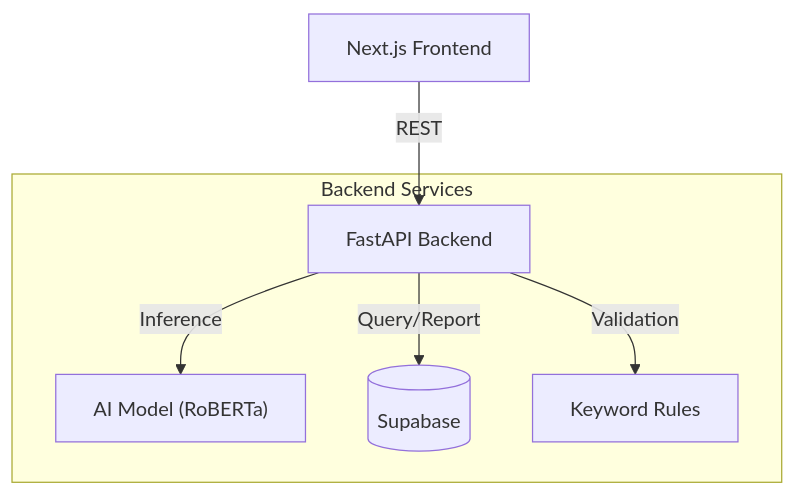
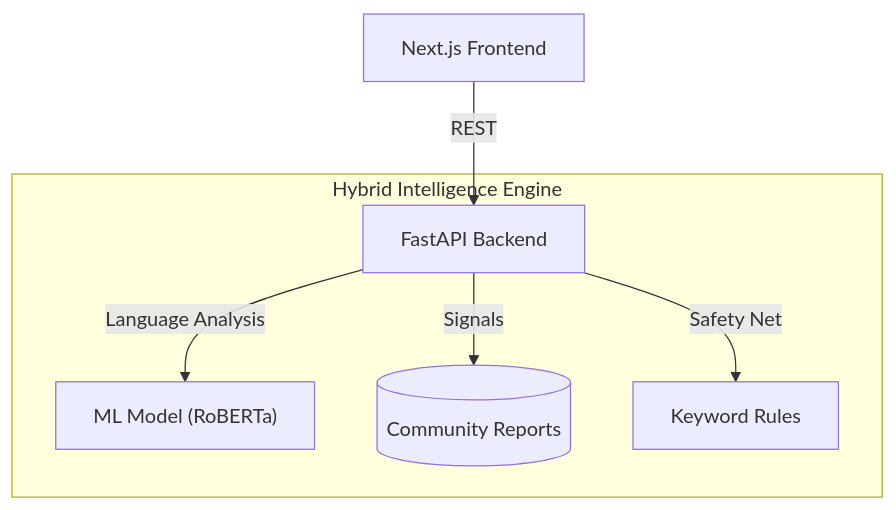
One commit to Priyanshuu-31/scam-app changed the diagram in README.md. Above: the diagram before and after it, drawn with Mermaid.

Commit message:
docs: Refine Mermaid diagram with hybrid intelligence terminology

````diff
--- a/README.md
+++ b/README.md
@@ -7,10 +7,10 @@
 ```mermaid
 graph TD
     Client["Next.js Frontend"] -->|REST| API["FastAPI Backend"]
     
-    subgraph "Backend Services"
-        API -->|Inference| ML["AI Model (RoBERTa)"]
-        API -->|Query/Report| DB[("Supabase")]
-        API -->|Validation| Rules["Keyword Rules"]
+    subgraph "Hybrid Intelligence Engine"
+        API -->|Language Analysis| ML["ML Model (RoBERTa)"]
+        API -->|Signals| DB[("Community Reports")]
+        API -->|Safety Net| Rules["Keyword Rules"]
     end
 ```
````
